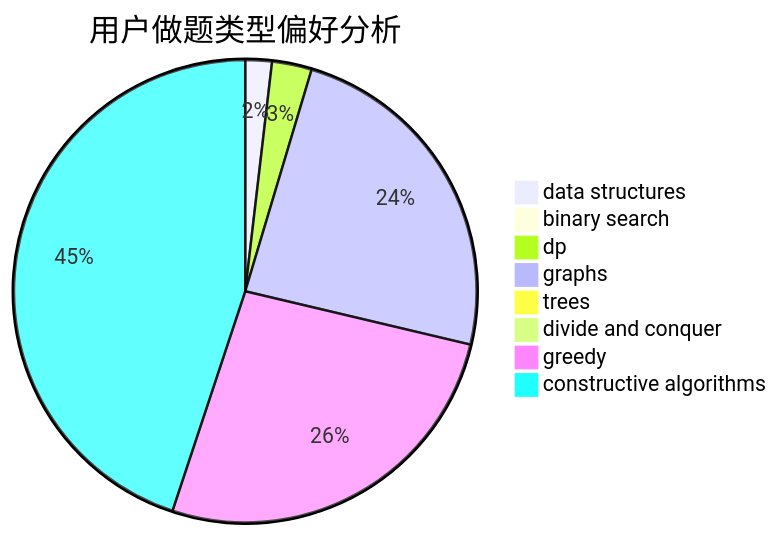
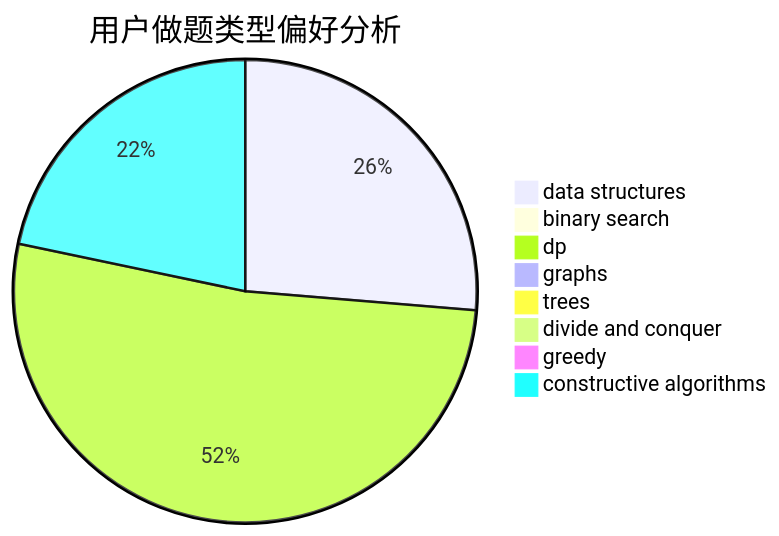
Before and after one commit to sherpahu/cfrs.github.io: the second of 3 diagrams in docs/user/u2302.md, drawn with Mermaid. The commit also changed other lines of this file and 2770 other files, not shown here.

````diff
--- a/docs/user/u2302.md
+++ b/docs/user/u2302.md
@@ -23,11 +23,11 @@
 ```mermaid
 pie title 用户做题类型偏好分析
-    "data structures" :  4
+    "data structures" :  40
     "binary search" :  0
-    "dp" :  6
-    "graphs" :  52
+    "dp" :  79
+    "graphs" :  0
     "trees" :  0
     "divide and conquer" :  0
-    "greedy" :  57
-    "constructive algorithms" :  97
+    "greedy" :  0
+    "constructive algorithms" :  33
 ```
````
